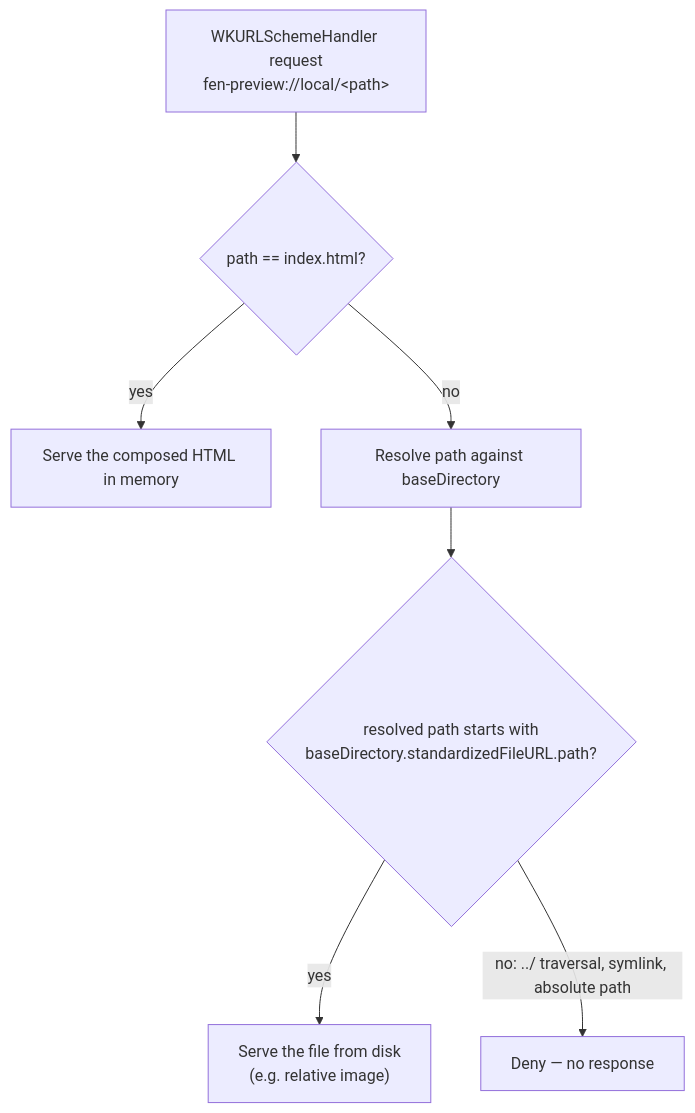
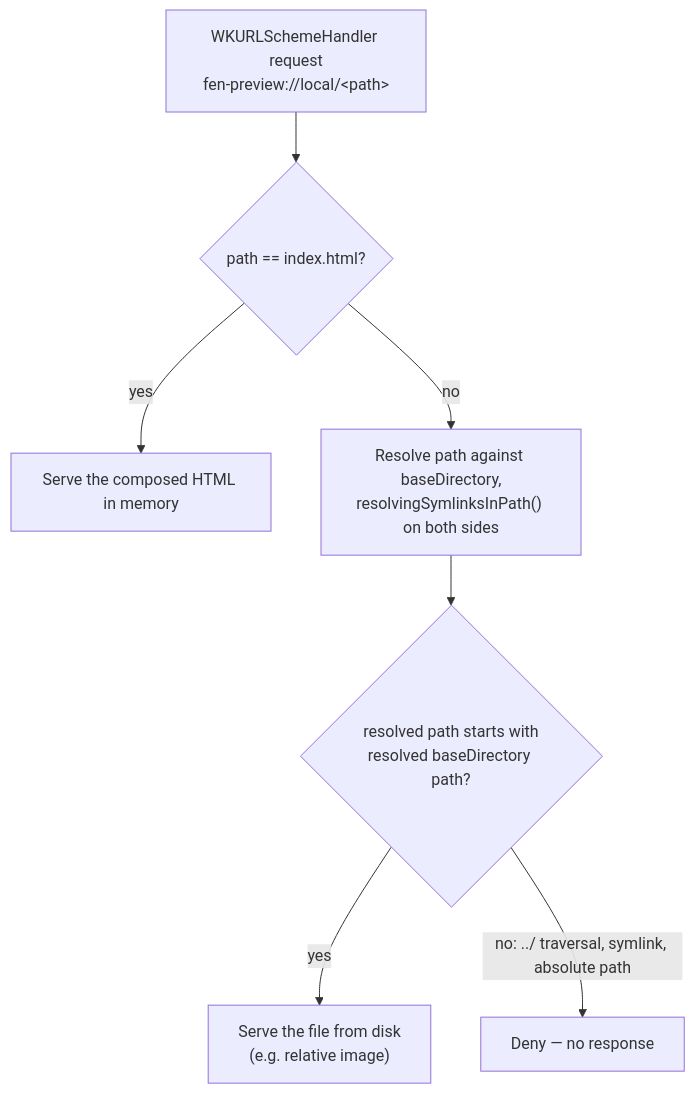
Before and after one commit to zoharbabin/fen: the sixth of 7 diagrams in docs/ARCHITECTURE.md, drawn with Mermaid. The commit also changed other lines of this file and 4 other files, not shown here.

````diff
--- a/docs/ARCHITECTURE.md
+++ b/docs/ARCHITECTURE.md
@@ -114,9 +114,9 @@
 ```mermaid
 flowchart TD
     Request["WKURLSchemeHandler request<br/>fen-preview://local/&lt;path&gt;"] --> IsIndex{"path == index.html?"}
     IsIndex -->|yes| ServeHTML["Serve the composed HTML in memory"]
-    IsIndex -->|no| Resolve["Resolve path against baseDirectory"]
-    Resolve --> Guard{"resolved path starts with<br/>baseDirectory.standardizedFileURL.path?"}
+    IsIndex -->|no| Resolve["Resolve path against baseDirectory,<br/>resolvingSymlinksInPath() on both sides"]
+    Resolve --> Guard{"resolved path starts with<br/>resolved baseDirectory path?"}
     Guard -->|yes| ServeFile["Serve the file from disk<br/>(e.g. relative image)"]
     Guard -->|no: ../ traversal, symlink, absolute path| Deny["Deny — no response"]
 ```
````
